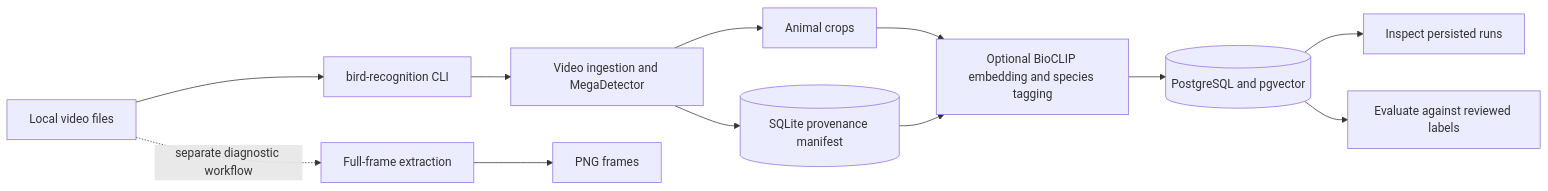
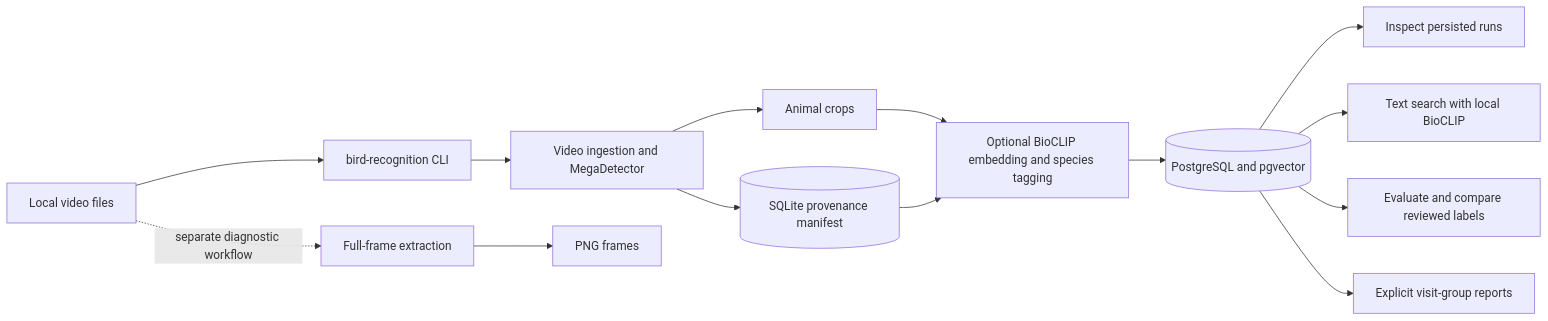
The diagram in README.md (vjaaskelainen/bird_recognition), drawn with Mermaid before and after one commit. The commit also changed other lines of this file and 15 other files, not shown here.

````diff
--- a/README.md
+++ b/README.md
@@ -12,14 +14,16 @@
 ```mermaid
 flowchart LR
     Videos[Local video files] --> CLI[bird-recognition CLI]
     CLI --> Ingest[Video ingestion and MegaDetector]
     Ingest --> Crops[Animal crops]
     Ingest --> Manifest[(SQLite provenance manifest)]
     Crops --> Embed[Optional BioCLIP embedding and species tagging]
     Manifest --> Embed
     Embed --> VectorDB[(PostgreSQL and pgvector)]
     VectorDB --> Inspect[Inspect persisted runs]
-    VectorDB --> Evaluate[Evaluate against reviewed labels]
+    VectorDB --> Search[Text search with local BioCLIP]
+    VectorDB --> Evaluate[Evaluate and compare reviewed labels]
+    VectorDB --> Visits[Explicit visit-group reports]
     Videos -. separate diagnostic workflow .-> Extract[Full-frame extraction]
     Extract --> Frames[PNG frames]
 ```
````
